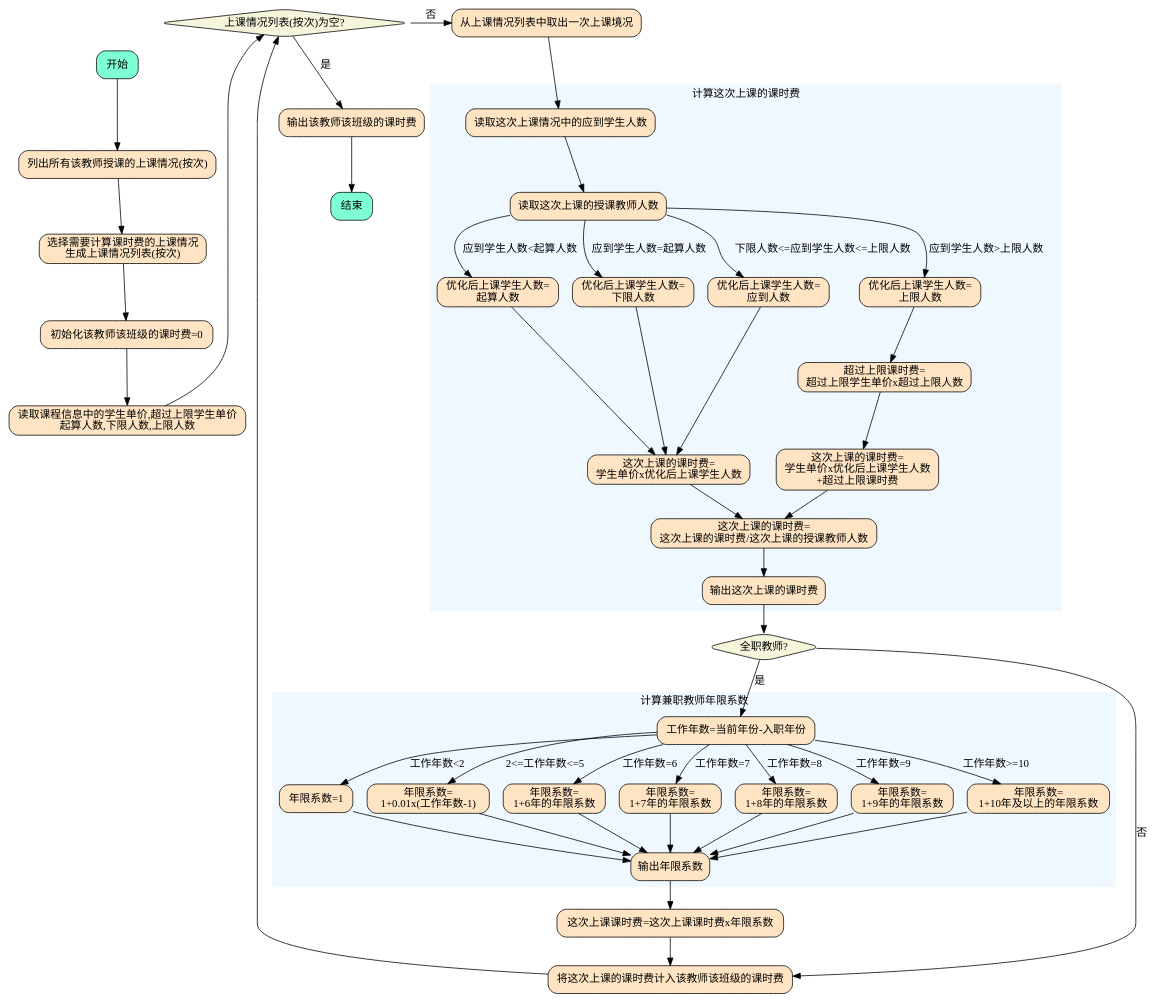
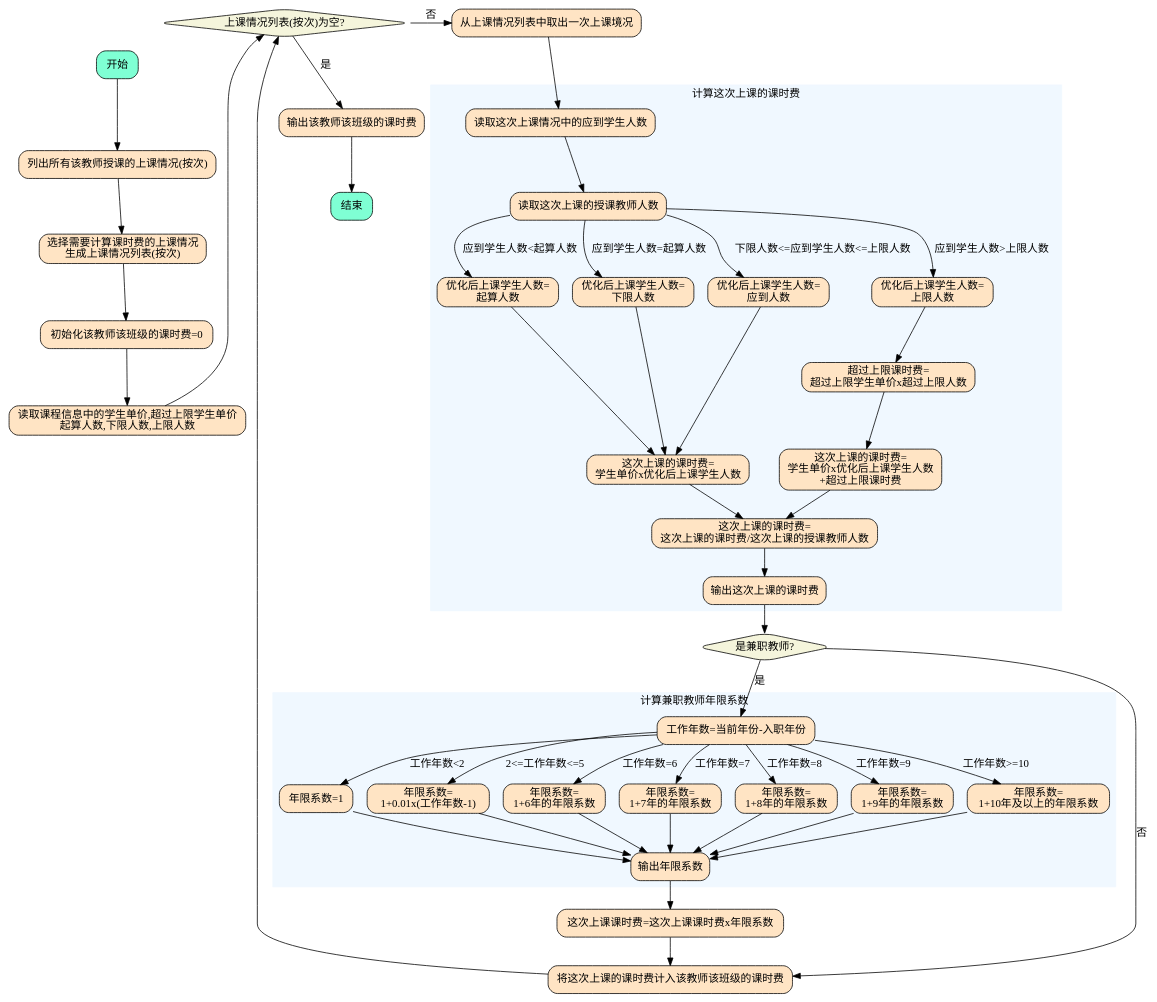
One commit to diandian888/mx-requirements changed the diagram in management-system/hr/pay/svg/02.dot. Above: the diagram before and after it, drawn with Graphviz. The commit also changed 1 other file, not shown here.

Commit message:
全职教师 -> 兼职教师

```diff
--- a/management-system/hr/pay/svg/02.dot
+++ b/management-system/hr/pay/svg/02.dot
@@ -1,107 +1,107 @@
 digraph {
     node [shape="box", style="rounded,filled", fillcolor="aquamarine"]
         start[label="开始"];
         end[label="结束"];
 
     node [shape="box", style="rounded,filled", fillcolor="bisque"]
         s1[label="列出所有该教师授课的上课情况(按次)"];
         s2[label="选择需要计算课时费的上课情况\n生成上课情况列表(按次)"];
         s3[label="初始化该教师该班级的课时费=0"];
         s4[label="读取课程信息中的学生单价,超过上限学生单价\n起算人数,下限人数,上限人数"];
         s5[label="从上课情况列表中取出一次上课境况"];
         s6[label="这次上课课时费=这次上课课时费x年限系数"];
         s7[label="将这次上课的课时费计入该教师该班级的课时费"];
         s8[label="输出该教师该班级的课时费"];
     
     node [shape="diamond", style="rounded,filled", fillcolor="beige"]
         c1[label="上课情况列表(按次)为空?"];
-        c2[label="全职教师?"];
+        c2[label="是兼职教师?"];
 
     subgraph cluster1 {
         label="计算这次上课的课时费";
         style="filled";
         color="aliceblue";
 
         node [shape="box", style="rounded,filled", fillcolor="bisque"]
             sub1_s1[label="读取这次上课情况中的应到学生人数"];
             sub1_s2[label="读取这次上课的授课教师人数"];
             sub1_s3_a[label="优化后上课学生人数=\n起算人数"];
             sub1_s3_b[label="优化后上课学生人数=\n下限人数"];
             sub1_s3_c[label="优化后上课学生人数=\n应到人数"];
             sub1_s3_d[label="优化后上课学生人数=\n上限人数"];
             sub1_s4[label="超过上限课时费=\n超过上限学生单价x超过上限人数"];
             sub1_s5_a[label="这次上课的课时费=\n学生单价x优化后上课学生人数"];
             sub1_s5_b[label="这次上课的课时费=\n学生单价x优化后上课学生人数\n+超过上限课时费"];
             sub1_s6[label="这次上课的课时费=\n这次上课的课时费/这次上课的授课教师人数"];
             sub1_s7[label="输出这次上课的课时费"];
 
         sub1_s1 -> sub1_s2;
         sub1_s2 -> sub1_s3_a[label="应到学生人数<起算人数"];
         sub1_s2 -> sub1_s3_b[label="应到学生人数=起算人数"];
         sub1_s2 -> sub1_s3_c[label="下限人数<=应到学生人数<=上限人数"];
         sub1_s2 -> sub1_s3_d[label="应到学生人数>上限人数"];
         sub1_s3_a -> sub1_s5_a;
         sub1_s3_b -> sub1_s5_a;
         sub1_s3_c -> sub1_s5_a;
         sub1_s5_a -> sub1_s6;
         sub1_s3_d -> sub1_s4 -> sub1_s5_b -> sub1_s6;
         sub1_s6 -> sub1_s7;
 
         {rank=same sub1_s3_a sub1_s3_b sub1_s3_c sub1_s3_d}
         {rank=same sub1_s5_a sub1_s5_b}
     }
 
     subgraph cluster2 {
         label="计算兼职教师年限系数";
         style="filled";
         color="aliceblue";
 
         node [shape="box", style="rounded,filled", fillcolor="bisque"]
             sub2_s1[label="工作年数=当前年份-入职年份"];
             sub2_s2_a[label="年限系数=1"]
             sub2_s2_b[label="年限系数=\n1+0.01x(工作年数-1)"];
             sub2_s2_c[label="年限系数=\n1+6年的年限系数"];
             sub2_s2_d[label="年限系数=\n1+7年的年限系数"];
             sub2_s2_e[label="年限系数=\n1+8年的年限系数"];
             sub2_s2_f[label="年限系数=\n1+9年的年限系数"];
             sub2_s2_g[label="年限系数=\n1+10年及以上的年限系数"];
             sub2_s3[label="输出年限系数"];
 
         sub2_s1 -> sub2_s2_a[label="工作年数<2"];
         sub2_s1 -> sub2_s2_b[label="2<=工作年数<=5"];
         sub2_s1 -> sub2_s2_c[label="工作年数=6"];
         sub2_s1 -> sub2_s2_d[label="工作年数=7"];
         sub2_s1 -> sub2_s2_e[label="工作年数=8"];
         sub2_s1 -> sub2_s2_f[label="工作年数=9"];
         sub2_s1 -> sub2_s2_g[label="工作年数>=10"];
 
         sub2_s2_a -> sub2_s3;
         sub2_s2_b -> sub2_s3;
         sub2_s2_c -> sub2_s3;
         sub2_s2_d -> sub2_s3;
         sub2_s2_e -> sub2_s3;
         sub2_s2_f -> sub2_s3;
         sub2_s2_g -> sub2_s3;
 
         {rank=same sub2_s2_a sub2_s2_b sub2_s2_c sub2_s2_d sub2_s2_e sub2_s2_f sub2_s2_g}
     } 
 
     start -> s1 -> s2 -> s3 -> s4;
     s4 -> c1;
 
     // 上课情况列表为空
     c1 -> s8[label="是"];
     s8 -> end;
 
     // 上课情况列表不为空
     // Use rank=source to make the c1 -> s5 and subgraphic(cluster1) top of the graph.
     {rank=source c1 -> s5[label="否"];}
     s5 -> sub1_s1;
 
     sub1_s7 -> c2;
     c2 -> sub2_s1[label="是"];
     c2 -> s7[label="否"];
 
     sub2_s3 -> s6;
     s6 -> s7 -> c1;
 }
```
